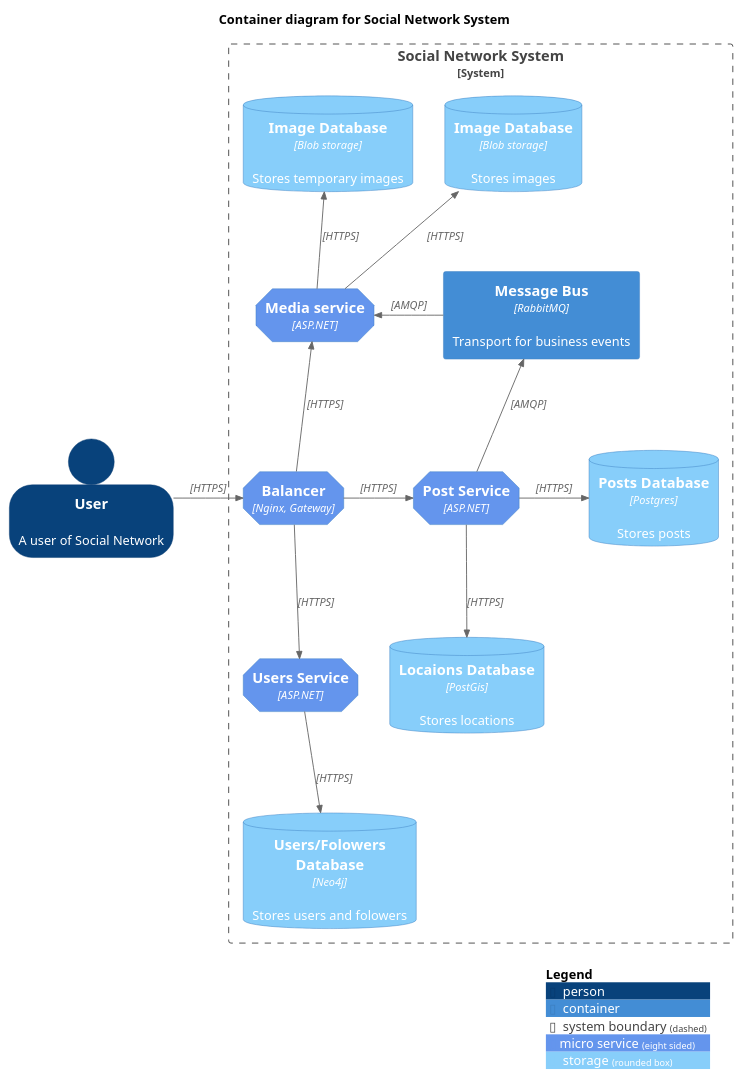
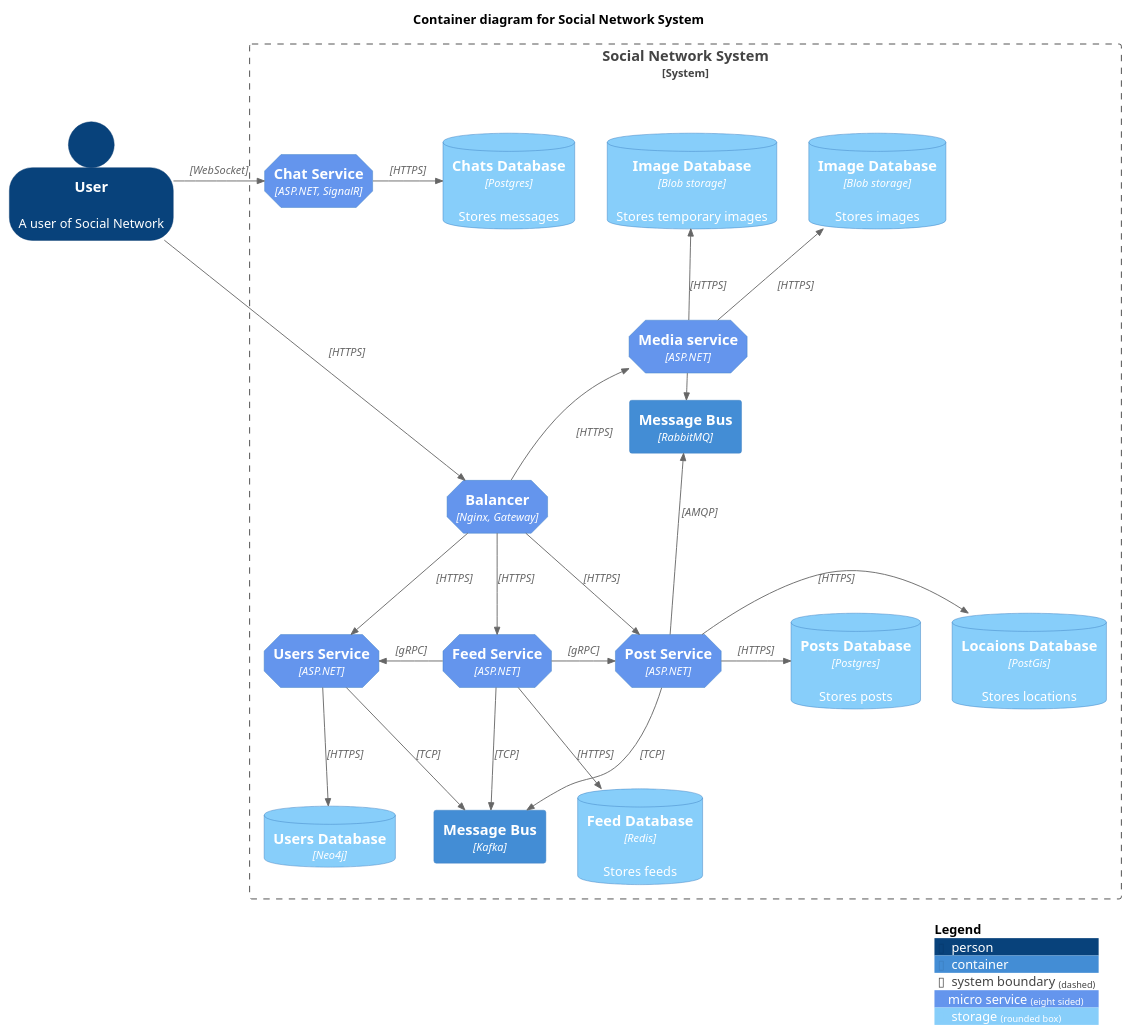
The diagram in database/C4Model/container.puml (AlexSkolnik/social_network_system_design), drawn with PlantUML before and after one commit. The commit also changed 1 other file, not shown here.

```diff
--- a/database/C4Model/container.puml
+++ b/database/C4Model/container.puml
@@ -1,64 +1,64 @@
 @startuml "messagebus"
 !include https://raw.githubusercontent.com/plantuml-stdlib/C4-PlantUML/master/C4_Container.puml
-' uncomment the following line and comment the first to use locally
-' !include C4_Container.puml
 
 AddElementTag("microService", $shape=EightSidedShape(), $bgColor="CornflowerBlue", $fontColor="white", $legendText="micro service\neight sided")
 AddElementTag("storage", $shape=RoundedBoxShape(), $bgColor="lightSkyBlue", $fontColor="white")
 
 SHOW_PERSON_OUTLINE()
 
 title Container diagram for Social Network System
 
 Person(user, User, "A user of Social Network")
 
 System_Boundary(c1, "Social Network System") {
      Container(balancer, "Balancer", "Nginx, Gateway", "", $tags = "microService")
      Container(media_service, "Media service", "ASP.NET", "", $tags = "microService")
      ContainerDb(temp_image_db, "Image Database", "Blob storage", "Stores temporary images", $tags = "storage")
      ContainerDb(image_db, "Image Database", "Blob storage", "Stores images", $tags = "storage")
     
      ContainerDb(post_db, "Posts Database", "Postgres", "Stores posts", $tags = "storage")
      ContainerDb(location_db, "Locaions Database", "PostGis", "Stores locations", $tags = "storage")
      Container(post_service, "Post Service", "ASP.NET", "", $tags = "microService")
-     Container(message_bus, "Message Bus", "RabbitMQ", "Transport for business events")
+     Container(message_bus, "Message Bus", "RabbitMQ", "")
+     Container(message_broker, "Message Bus", "Kafka", "")
     
      Container(user_service, "Users Service", "ASP.NET", "", $tags = "microService")
-     ContainerDb(user_db, "Users/Folowers Database", "Neo4j", "Stores users and folowers", $tags = "storage")
-    ' Container(message_bus, "Message Bus", "RabbitMQ", "Transport for business events")
-    ' Container(reporting_service, "Reporting Service", "Ruby", "Creates normalised data for reporting purposes", $tags = "microService")
-    ' ContainerDb(user_db, "User Database", "Oracle 12c", "Stores user information", $tags = "storage")
-    ' ContainerDb(reporting_db, "Reporting Database", "MySQL", "Stores a normalized version of all business data for ad hoc reporting purposes", $tags = "storage")
-    ' Container(audit_store, "Audit Store", "Event Store", "Stores information about events that have happened", $tags = "storage")
+     ContainerDb(user_db, "Users Database", "Neo4j", "", $tags = "storage")
+   
+   
+     ContainerDb(chat_db, "Chats Database", "Postgres", "Stores messages", $tags = "storage")
+     Container(chat_service, "Chat Service", "ASP.NET, SignalR", "", $tags = "microService")
+
+     ContainerDb(feed_db, "Feed Database", "Redis", "Stores feeds", $tags = "storage")
+     Container(feed_service, "Feed Service", "ASP.NET", "", $tags = "microService")
 }
 
 Rel_R(user, balancer, "", "HTTPS")
+Rel_R(user, chat_service, "", "WebSocket")
+
+Rel_R(chat_service, chat_db, "", "HTTPS")
+
+Rel_D(balancer, user_service, "", "HTTPS")
+Rel_D(user_service, user_db, "", "HTTPS")
+Rel_L(feed_service, user_service, "", "gRPC")
+
 Rel_U(balancer, media_service, "", "HTTPS")
 Rel_U(media_service, temp_image_db, "", "HTTPS")
 Rel_U(media_service, image_db, "", "HTTPS")
 
 Rel_R(balancer, post_service, "", "HTTPS")
 Rel_R(post_service, post_db, "", "HTTPS")
-Rel(post_service, location_db, "", "HTTPS")
+Rel_R(post_service, location_db, "", "HTTPS")
+
 Rel_U(post_service, message_bus, "", "AMQP")
-Rel_L(message_bus, media_service, "", "AMQP")
+Rel_R(media_service, message_bus, "", "AMQP")
 
-Rel_D(balancer, user_service, "", "HTTPS")
-Rel_D(user_service, user_db, "", "HTTPS")
-
-' Rel_D(app, user_service, "Updates user information using", "async, JSON/HTTPS")
-
-' Rel_U(user_service, app, "Sends events to", "WebSocket")
-' Rel_U(user_service, message_bus, "Sends user update events to")
-' Rel(user_service, user_db, "Stores data in", "JDBC")
-
-' Rel(message_bus, reporting_service, "Sends user update events to")
-' Rel(message_bus, audit_service, "Sends user update events to")
-
-' Rel(reporting_service, reporting_db, "Stores data in")
-' Rel(audit_service, audit_store, "Stores events in")
-
-' Lay_R(reporting_service, audit_service)
+Rel_D(balancer, feed_service, "", "HTTPS")
+Rel_D(feed_service, feed_db, "", "HTTPS")
+Rel_R(feed_service, post_service, "", "gRPC")
+Rel_D(post_service, message_broker, "", "TCP")
+Rel_L(feed_service, message_broker, "", "TCP")
+Rel(user_service, message_broker, "", "TCP")
 
 SHOW_LEGEND()
 @enduml
```
